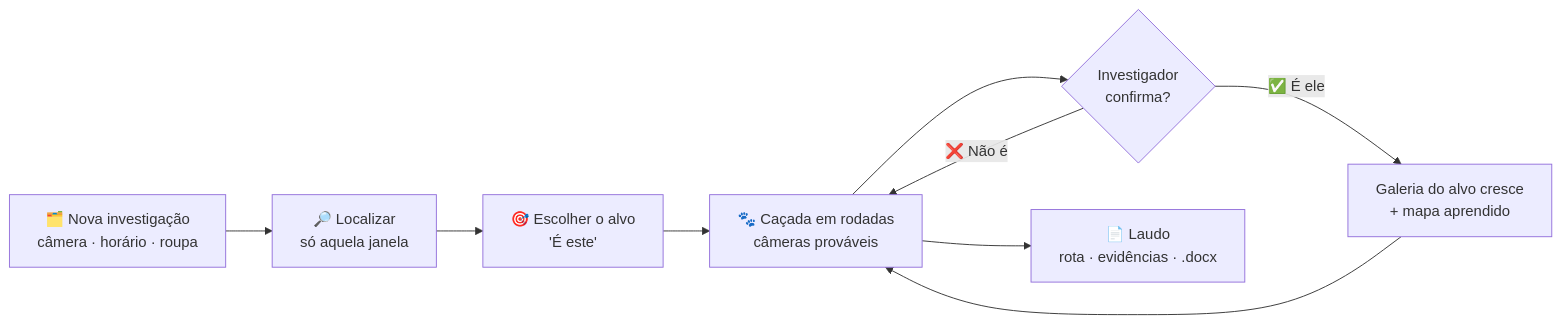
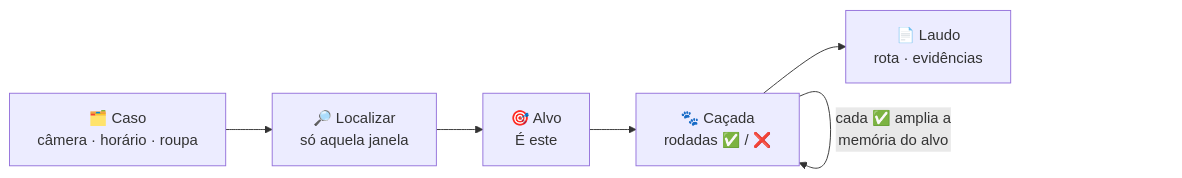
The first of 2 diagrams in README.md (MAD-Dcoder/Sentinel-Trace), drawn with Mermaid before and after one commit. The commit also changed other lines of this file, not shown here.

Commit message:
docs: diagramas do README mais compactos

````diff
--- a/README.md
+++ b/README.md
@@ -79,11 +79,8 @@
 ```mermaid
 flowchart LR
-    A["🗂️ Nova investigação<br/>câmera · horário · roupa"] --> B["🔎 Localizar<br/>só aquela janela"]
-    B --> C["🎯 Escolher o alvo<br/>'É este'"]
-    C --> D["🐾 Caçada em rodadas<br/>câmeras prováveis"]
-    D --> E{"Investigador<br/>confirma?"}
-    E -- "✅ É ele" --> F["Galeria do alvo cresce<br/>+ mapa aprendido"]
-    F --> D
-    E -- "❌ Não é" --> D
-    D --> G["📄 Laudo<br/>rota · evidências · .docx"]
+    A["🗂️ Caso<br/>câmera · horário · roupa"] --> B["🔎 Localizar<br/>só aquela janela"]
+    B --> C["🎯 Alvo<br/>É este"]
+    C --> D["🐾 Caçada<br/>rodadas ✅ / ❌"]
+    D --> E["📄 Laudo<br/>rota · evidências"]
+    D -- "cada ✅ amplia a<br/>memória do alvo" --> D
 ```
````
